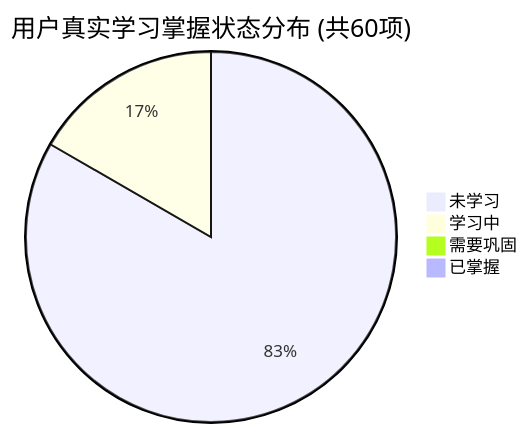
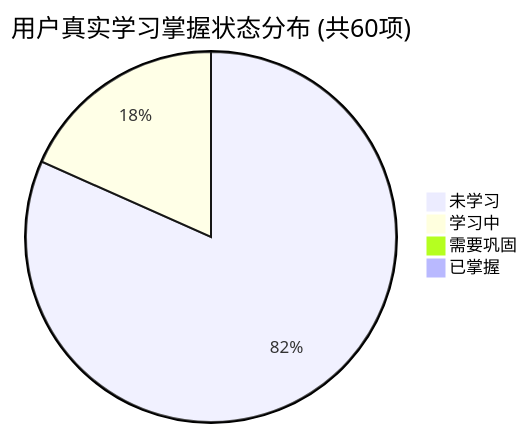
One commit to tieke1121/tech-interview-knowledge-base changed the first of 2 diagrams in PROGRESS.md. Above: the diagram before and after it, drawn with Mermaid. The commit also changed other lines of this file and 1 other file, not shown here.

````diff
--- a/PROGRESS.md
+++ b/PROGRESS.md
@@ -27,7 +27,7 @@
 ```mermaid
 pie title 用户真实学习掌握状态分布 (共60项)
-    "未学习" : 50
-    "学习中" : 10
+    "未学习" : 49
+    "学习中" : 11
     "需要巩固" : 0
     "已掌握" : 0
 ```
````
